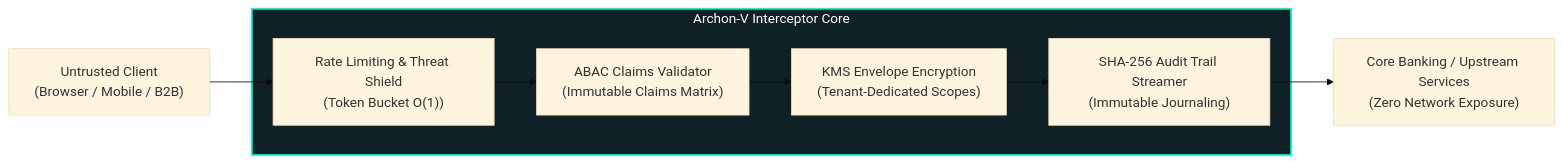
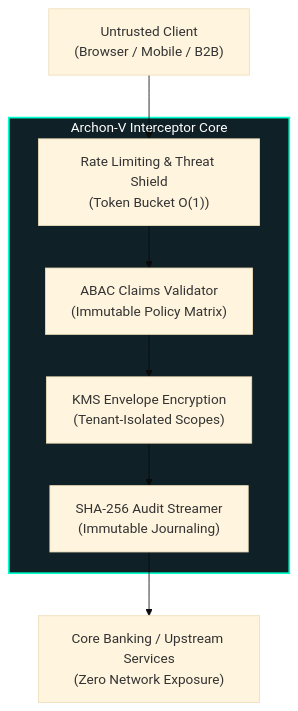
One commit to welzim19-star/archon-v changed the diagram in README.md. Above: the diagram before and after it, drawn with Mermaid (base theme). The commit also changed 1 other file, not shown here.

Commit message:
fix(diagram): convert flowchart LR to TD and replace escaped newlines with br tags to prevent box text clipping

````diff
--- a/README.md
+++ b/README.md
@@ -24,23 +24,23 @@
 ```mermaid
-flowchart LR
+flowchart TD
     Client["Untrusted Client<br/>(Browser / Mobile / B2B)"] 
     
     subgraph ARCHON_CORE["Archon-V Interceptor Core"]
         WAF["Rate Limiting & Threat Shield<br/>(Token Bucket O(1))"]
-        ABAC["ABAC Claims Validator<br/>(Immutable Claims Matrix)"]
-        KMS["KMS Envelope Encryption<br/>(Tenant-Dedicated Scopes)"]
-        Audit["SHA-256 Audit Trail Streamer<br/>(Immutable Journaling)"]
+        ABAC["ABAC Claims Validator<br/>(Immutable Policy Matrix)"]
+        KMS["KMS Envelope Encryption<br/>(Tenant-Isolated Scopes)"]
+        Audit["SHA-256 Audit Streamer<br/>(Immutable Journaling)"]
         
         WAF --> ABAC
         ABAC --> KMS
         KMS --> Audit
     end
     
     Upstream["Core Banking / Upstream Services<br/>(Zero Network Exposure)"]
 
     Client --> WAF
     Audit --> Upstream
     
     classDef secure fill:#0f2027,stroke:#00ffcc,stroke-width:2px,color:#fff;
     class ARCHON_CORE secure;
 ```
````
